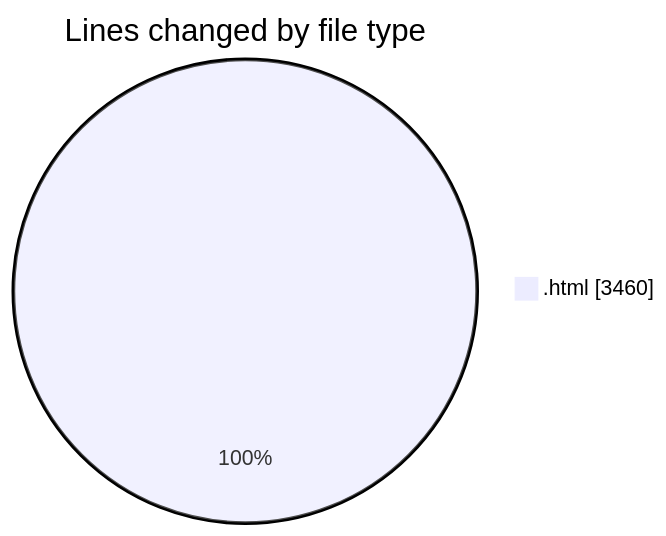
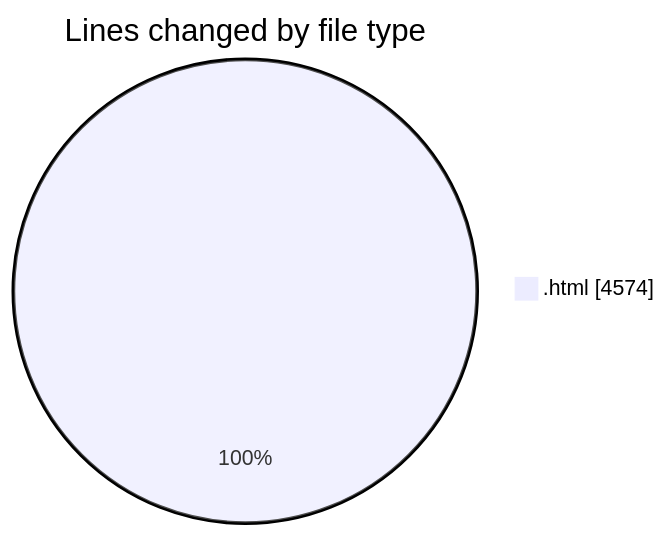
The first of 2 diagrams in 2025-08-09/nxtqube_webapp/README.md (nxtqubesakshisongat/code-tracking), drawn with Mermaid before and after one commit. The commit also changed other lines of this file and 1 other file, not shown here.

````diff
--- a/2025-08-09/nxtqube_webapp/README.md
+++ b/2025-08-09/nxtqube_webapp/README.md
@@ -20,5 +21,5 @@
 ```mermaid
 pie showData
 title Lines changed by file type
-".html" : 3460
+".html" : 4574
 ```
````
